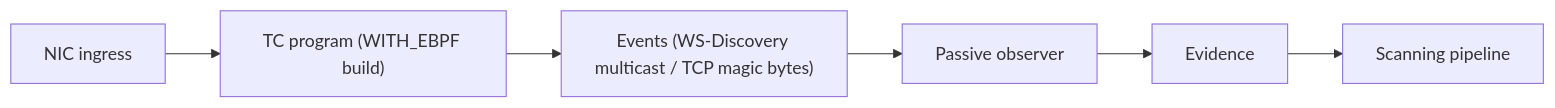
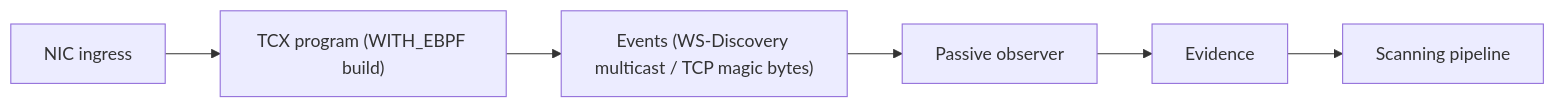
One commit to Mi-Bee-Studio/mibee-docs changed the diagram in mibeesteward/en-US/ebpf.md. Above: the diagram before and after it, drawn with Mermaid. The commit also changed other lines of this file and 215 other files, not shown here.

````diff
--- a/mibeesteward/en-US/ebpf.md
+++ b/mibeesteward/en-US/ebpf.md
@@ -13,8 +13,8 @@
 ```mermaid
 flowchart LR
-  NIC["NIC ingress"] --> TC["TC program (WITH_EBPF build)"]
+  NIC["NIC ingress"] --> TC["TCX program (WITH_EBPF build)"]
   TC --> EV["Events (WS-Discovery multicast / TCP magic bytes)"]
   EV --> OBS["Passive observer"]
   OBS --> EVI["Evidence"]
   EVI --> PIPE["Scanning pipeline"]
 ```
````
